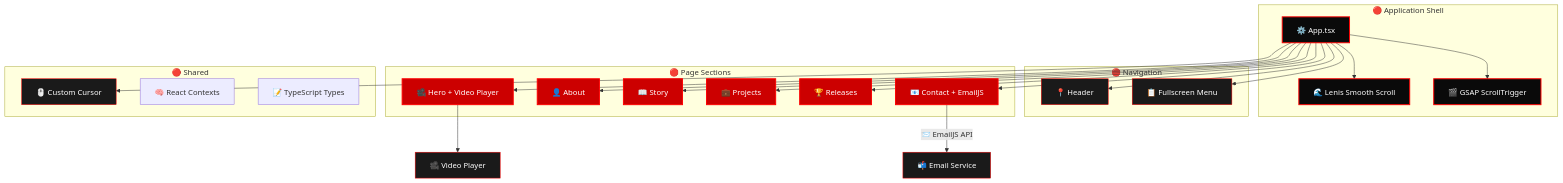
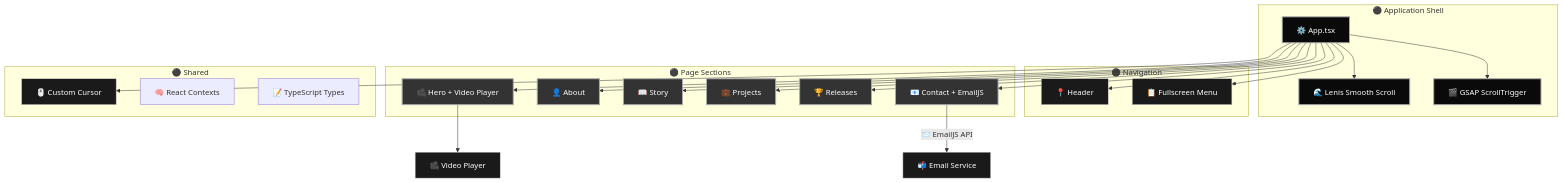
The first of 2 diagrams in README.md (phuc2502/portfolio_thienphuc), drawn with Mermaid before and after one commit. The commit also changed other lines of this file, not shown here.

````diff
--- a/README.md
+++ b/README.md
@@ -102,51 +102,51 @@
 ```mermaid
 graph TD
-    subgraph "🔴 Application Shell"
+    subgraph "⚫ Application Shell"
         App["⚙️ App.tsx"]
         Lenis["🌊 Lenis Smooth Scroll"]
         GSAP["🎬 GSAP ScrollTrigger"]
     end
 
-    subgraph "🔴 Navigation"
+    subgraph "⚫ Navigation"
         Header["📍 Header"]
         Menu["📋 Fullscreen Menu"]
     end
 
-    subgraph "🔴 Page Sections"
+    subgraph "⚫ Page Sections"
         Hero["🎥 Hero + Video Player"]
         About["👤 About"]
         Story["📖 Story"]
         Projects["💼 Projects"]
         Releases["🏆 Releases"]
         Contact["📧 Contact + EmailJS"]
     end
 
-    subgraph "🔴 Shared"
+    subgraph "⚫ Shared"
         Cursor["🖱️ Custom Cursor"]
         Context["🧠 React Contexts"]
         Types["📝 TypeScript Types"]
     end
 
     App --> Lenis
     App --> GSAP
     App --> Header
     App --> Menu
     App --> Hero
     App --> About
     App --> Story
     App --> Projects
     App --> Releases
     App --> Contact
     App --> Cursor
 
     Contact -->|"📨 EmailJS API"| Email["📬 Email Service"]
     Hero --> VideoPlayer["🎥 Video Player"]
 
-    classDef primary fill:#CC0000,stroke:#FF0000,stroke-width:2px,color:#fff
-    classDef accent fill:#1a1a1a,stroke:#FF0000,stroke-width:1px,color:#fff
-    classDef shell fill:#0a0a0a,stroke:#FF0000,stroke-width:2px,color:#fff
+    classDef primary fill:#333333,stroke:#AAAAAA,stroke-width:2px,color:#fff
+    classDef accent fill:#1a1a1a,stroke:#CCCCCC,stroke-width:1px,color:#fff
+    classDef shell fill:#0a0a0a,stroke:#AAAAAA,stroke-width:2px,color:#fff
 
     class App,Lenis,GSAP shell
     class Hero,About,Story,Projects,Releases,Contact primary
     class Header,Menu,Cursor,Email,VideoPlayer accent
 ```
````
